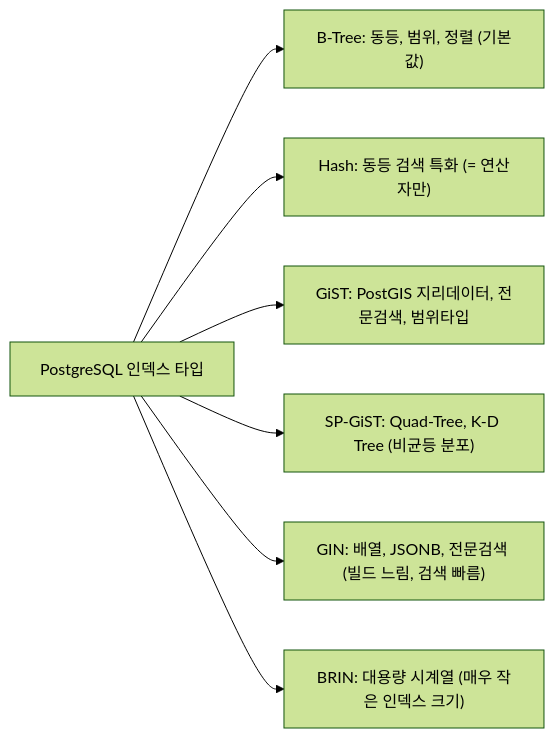
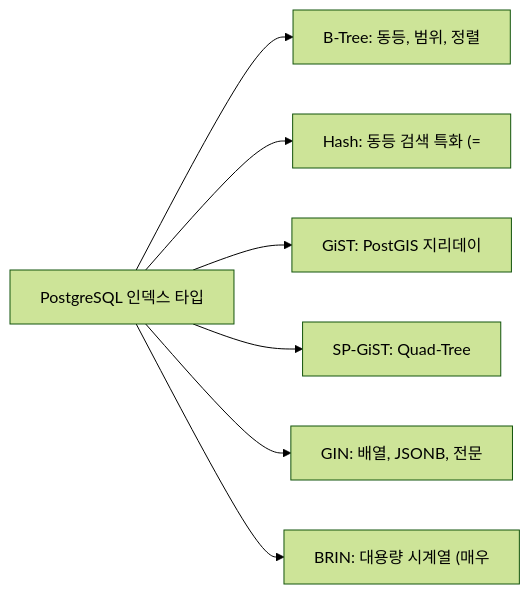
One commit to yjkim2015/yjkim2015.github.io changed the tenth of 15 diagrams in _posts/db/2026-05-01-db-comparison.md. Above: the diagram before and after it, drawn with Mermaid (forest theme). The commit also changed other lines of this file and 271 other files, not shown here.

First line of the commit message:
Mermaid 라벨 축소: 긴 노드 텍스트 18자 이하로 트림 + \n 제거

````diff
--- a/_posts/db/2026-05-01-db-comparison.md
+++ b/_posts/db/2026-05-01-db-comparison.md
@@ -253,9 +253,9 @@
 ```mermaid
 graph LR
-    IDX["PostgreSQL 인덱스 타입"] --> BT["B-Tree: 동등, 범위, 정렬 (기본값)"]
-    IDX --> HS["Hash: 동등 검색 특화 (= 연산자만)"]
-    IDX --> GS["GiST: PostGIS 지리데이터, 전문검색, 범위타입"]
-    IDX --> SP["SP-GiST: Quad-Tree, K-D Tree (비균등 분포)"]
-    IDX --> GN["GIN: 배열, JSONB, 전문검색 (빌드 느림, 검색 빠름)"]
-    IDX --> BR["BRIN: 대용량 시계열 (매우 작은 인덱스 크기)"]
+    IDX["PostgreSQL 인덱스 타입"] --> BT["B-Tree: 동등, 범위, 정렬"]
+    IDX --> HS["Hash: 동등 검색 특화 (="]
+    IDX --> GS["GiST: PostGIS 지리데이"]
+    IDX --> SP["SP-GiST: Quad-Tree"]
+    IDX --> GN["GIN: 배열, JSONB, 전문"]
+    IDX --> BR["BRIN: 대용량 시계열 (매우"]
 ```
````
